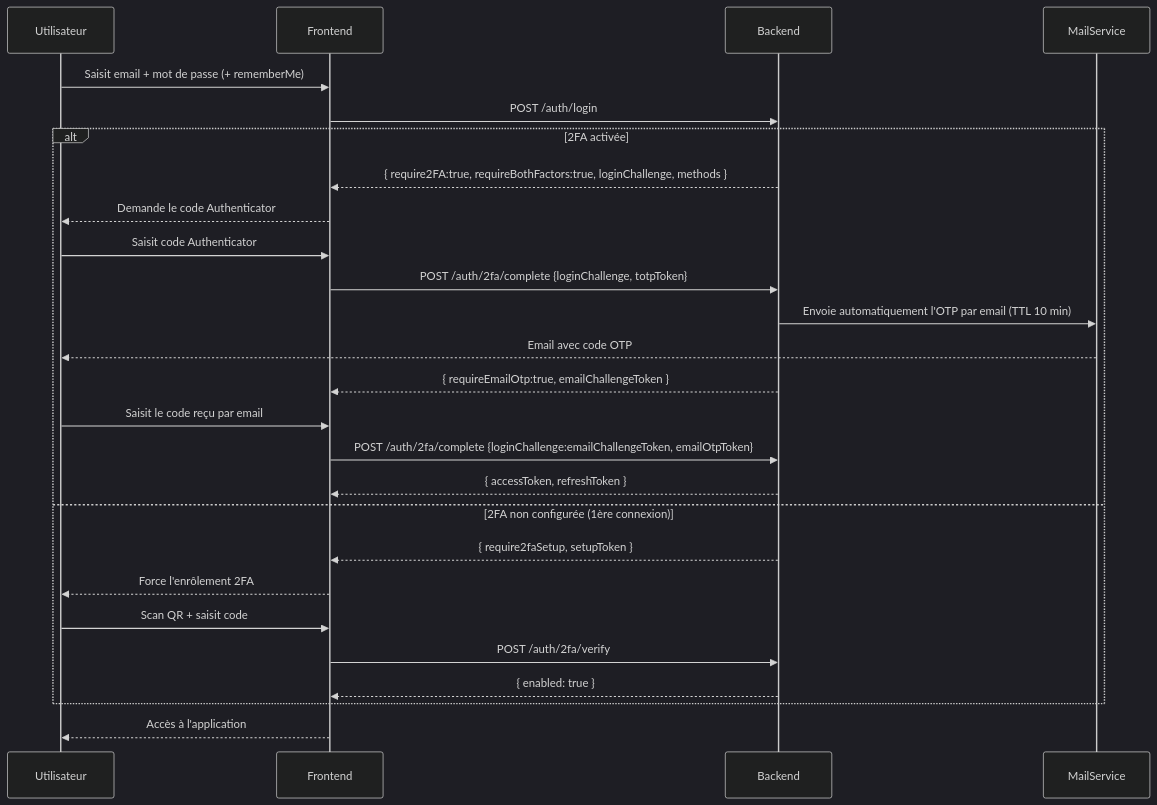
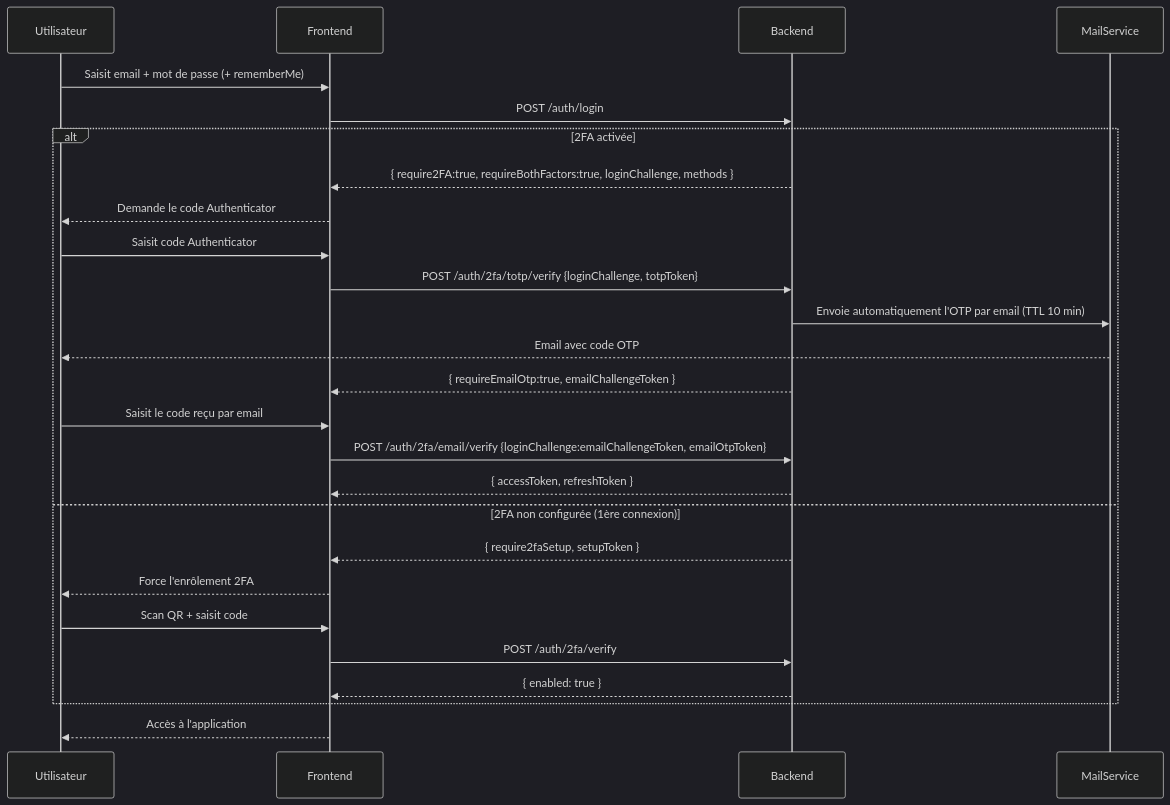
One commit to raDominique/commercegestion_back changed the diagram in docs/renforcement_securite.md. Above: the diagram before and after it, drawn with Mermaid (dark theme). The commit also changed other lines of this file and 1 other file, not shown here.

Commit message:
feat(auth): implement TOTP and email OTP verification steps in 2FA process

````diff
--- a/docs/renforcement_securite.md
+++ b/docs/renforcement_securite.md
@@ -5,29 +5,29 @@
 ```mermaid
 sequenceDiagram
     participant U as Utilisateur
     participant F as Frontend
     participant B as Backend
     participant M as MailService
 
     U->>F: Saisit email + mot de passe (+ rememberMe)
     F->>B: POST /auth/login
     alt 2FA activée
         B-->>F: { require2FA:true, requireBothFactors:true, loginChallenge, methods }
         F-->>U: Demande le code Authenticator
         U->>F: Saisit code Authenticator
-        F->>B: POST /auth/2fa/complete {loginChallenge, totpToken}
+        F->>B: POST /auth/2fa/totp/verify {loginChallenge, totpToken}
         B->>M: Envoie automatiquement l'OTP par email (TTL 10 min)
         M-->>U: Email avec code OTP
         B-->>F: { requireEmailOtp:true, emailChallengeToken }
         U->>F: Saisit le code reçu par email
-        F->>B: POST /auth/2fa/complete {loginChallenge:emailChallengeToken, emailOtpToken}
+        F->>B: POST /auth/2fa/email/verify {loginChallenge:emailChallengeToken, emailOtpToken}
         B-->>F: { accessToken, refreshToken }
     else 2FA non configurée (1ère connexion)
         B-->>F: { require2faSetup, setupToken }
         F-->>U: Force l'enrôlement 2FA
         U->>F: Scan QR + saisit code
         F->>B: POST /auth/2fa/verify
         B-->>F: { enabled: true }
     end
     F-->>U: Accès à l'application
 ```
````
